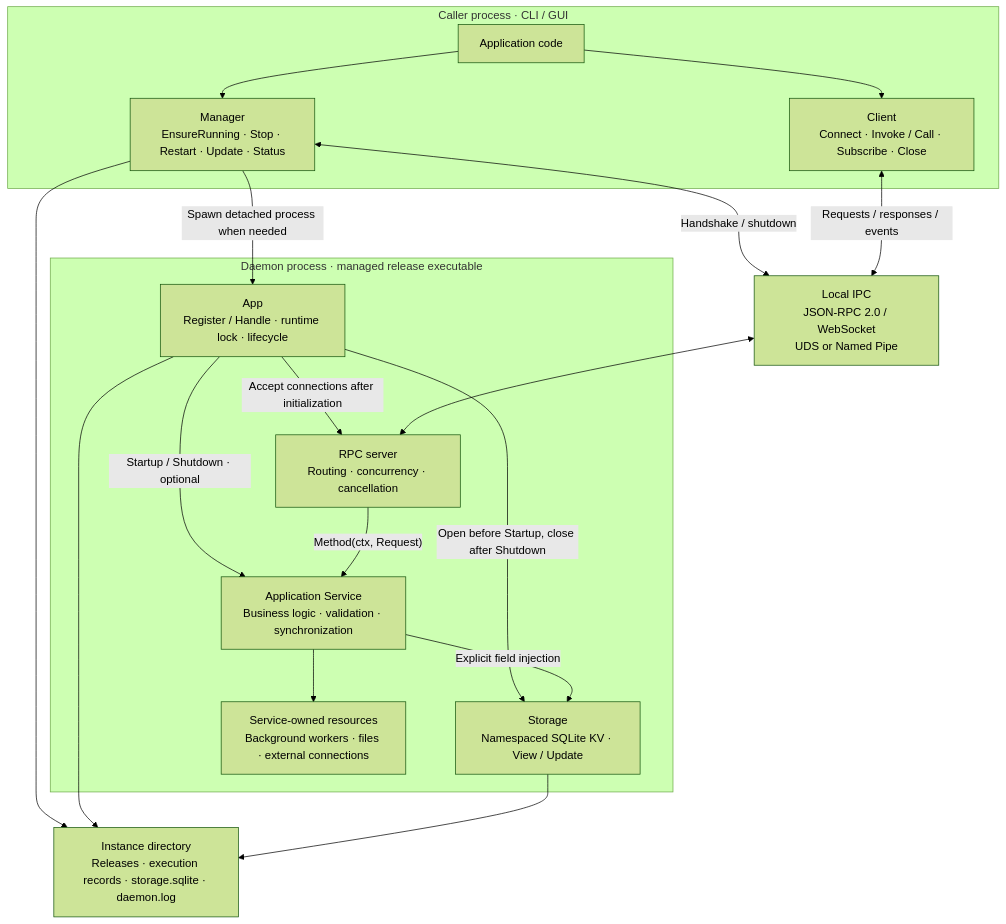
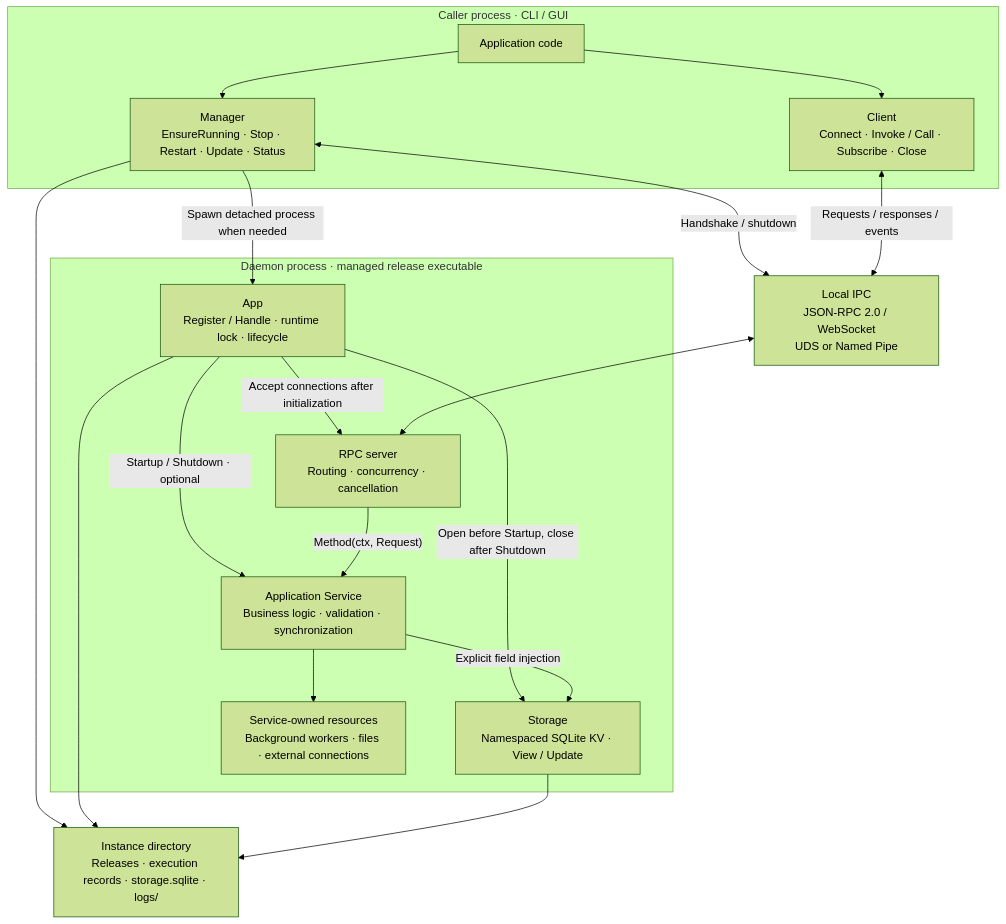
Before and after one commit to 134130/go-daemonkit: the first of 3 diagrams in README.md, drawn with Mermaid (forest theme). The commit also changed other lines of this file and 17 other files, not shown here.

````diff
--- a/README.md
+++ b/README.md
@@ -15,35 +15,35 @@
 ```mermaid
 flowchart TB
     subgraph caller["Caller process · CLI / GUI"]
         UI["Application code"]
         Manager["Manager<br/>EnsureRunning · Stop · Restart · Update · Status"]
         Client["Client<br/>Connect · Invoke / Call · Subscribe · Close"]
         UI --> Manager
         UI --> Client
     end
 
     IPC["Local IPC<br/>JSON-RPC 2.0 / WebSocket<br/>UDS or Named Pipe"]
 
     subgraph daemon["Daemon process · managed release executable"]
         App["App<br/>Register / Handle · runtime lock · lifecycle"]
         RPC["RPC server<br/>Routing · concurrency · cancellation"]
         Service["Application Service<br/>Business logic · validation · synchronization"]
         Storage["Storage<br/>Namespaced SQLite KV · View / Update"]
         App -->|"Open before Startup, close after Shutdown"| Storage
         Service -->|"Explicit field injection"| Storage
         Resources["Service-owned resources<br/>Background workers · files · external connections"]
         App -->|"Startup / Shutdown · optional"| Service
         App -->|"Accept connections after initialization"| RPC
         RPC -->|"Method(ctx, Request)"| Service
         Service --> Resources
     end
 
-    State["Instance directory<br/>Releases · execution records · storage.sqlite · daemon.log"]
+    State["Instance directory<br/>Releases · execution records · storage.sqlite · logs/"]
     Manager -->|"Spawn detached process when needed"| App
     Manager <-->|"Handshake / shutdown"| IPC
     Client <-->|"Requests / responses / events"| IPC
     IPC <--> RPC
     Manager --> State
     App --> State
     Storage --> State
 ```
````
